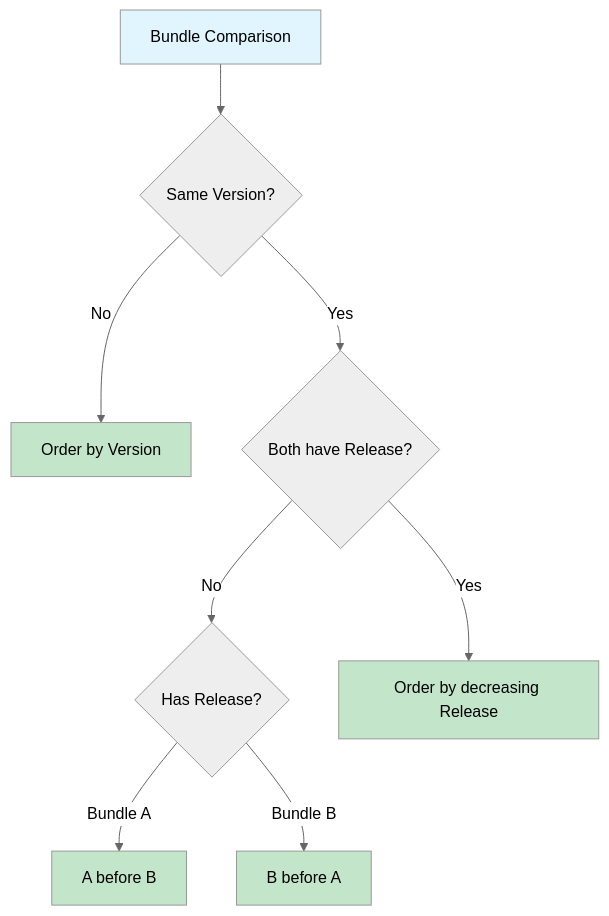
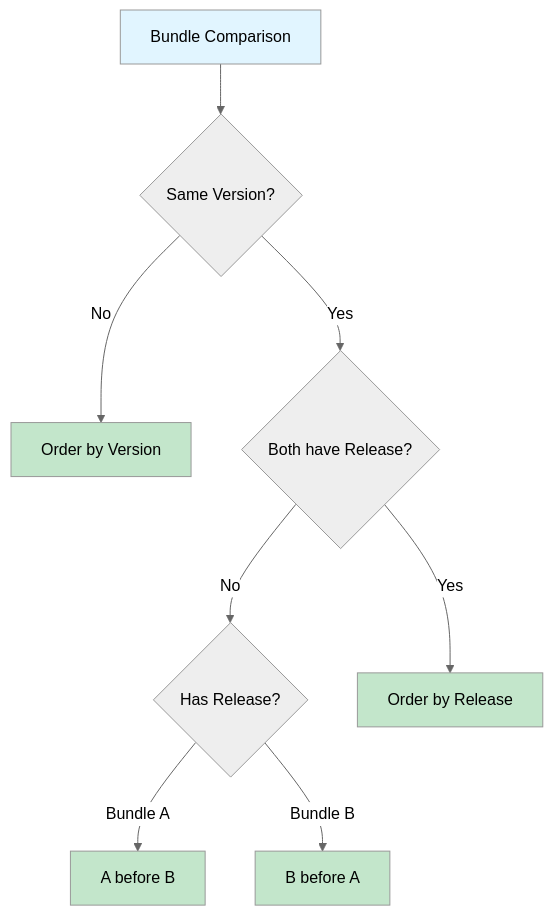
One commit to operator-framework/olm-docs changed the diagram in content/en/docs/Concepts/crds/clusterserviceversion.md. Above: the diagram before and after it, drawn with Mermaid (neutral theme). The commit also changed other lines of this file and 2 other files, not shown here.

````diff
--- a/content/en/docs/Concepts/crds/clusterserviceversion.md
+++ b/content/en/docs/Concepts/crds/clusterserviceversion.md
@@ -166,16 +167,16 @@
 ```mermaid
 graph TD
     A[Bundle Comparison] --> B{Same Version?}
     B -->|No| C[Order by Version]
     B -->|Yes| D{Both have Release?}
     D -->|No| E{Has Release?}
-    D -->|Yes| F[Order by decreasing Release]
+    D -->|Yes| F[Order by Release]
     E -->|Bundle A| G[A before B]
     E -->|Bundle B| H[B before A]
 
     style A fill:#e1f5ff
     style C fill:#c3e6cb
     style F fill:#c3e6cb
     style G fill:#c3e6cb
     style H fill:#c3e6cb
 ```
````
